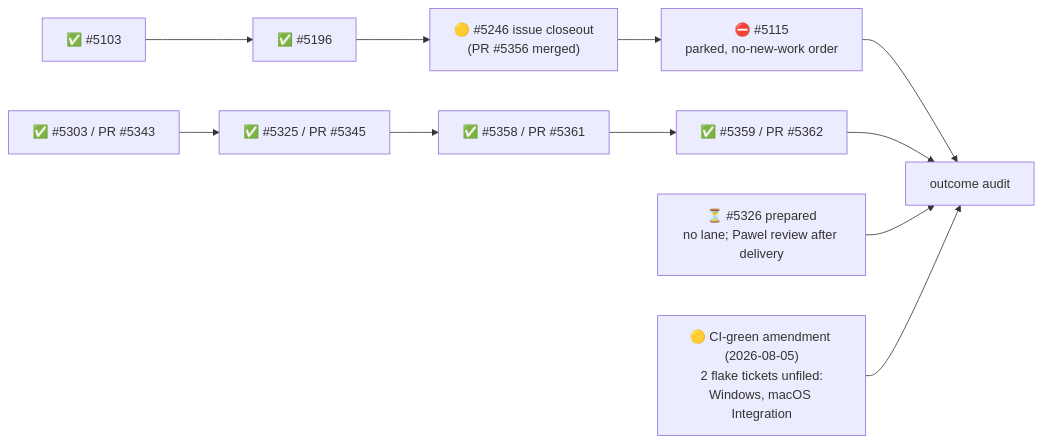
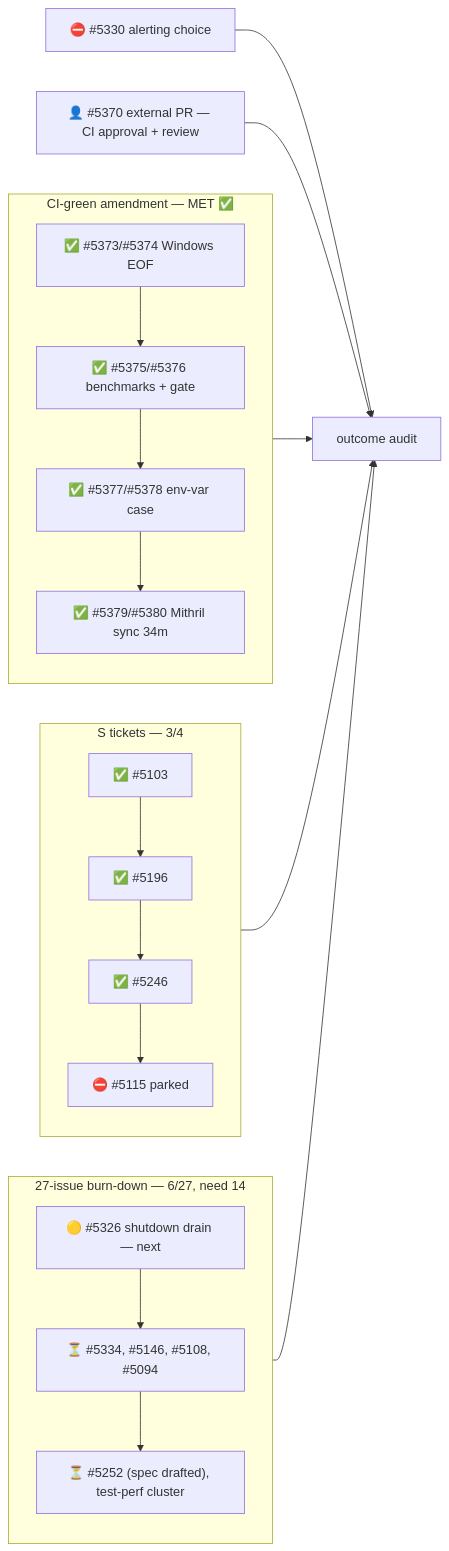
Before and after one commit to cardano-foundation/cardano-wallet: the diagram in .milestones/119/state.md, drawn with Mermaid. The commit also changed other lines of this file and 3 other files, not shown here.

````diff
--- a/.milestones/119/state.md
+++ b/.milestones/119/state.md
@@ -4,16 +4,20 @@
 ```mermaid
 flowchart LR
-  A["✅ #5103"] --> B["✅ #5196"]
-  B --> C["🟡 #5246 issue closeout<br/>(PR #5356 merged)"]
-  C --> D["⛔ #5115<br/>parked, no-new-work order"]
-  D --> Z["outcome audit"]
-
-  E["✅ #5303 / PR #5343"] --> F["✅ #5325 / PR #5345"]
-  F --> G["✅ #5358 / PR #5361"]
-  G --> H["✅ #5359 / PR #5362"]
-  H --> Z
-
-  I["⏳ #5326 prepared<br/>no lane; Pawel review after delivery"] --> Z
-
-  J["🟡 CI-green amendment (2026-08-05)<br/>2 flake tickets unfiled:<br/>Windows, macOS Integration"] --> Z
+  subgraph badges["CI-green amendment — MET ✅"]
+    B1["✅ #5373/#5374 Windows EOF"] --> B2["✅ #5375/#5376 benchmarks + gate"]
+    B2 --> B3["✅ #5377/#5378 env-var case"]
+    B3 --> B4["✅ #5379/#5380 Mithril sync 34m"]
+  end
+  subgraph s["S tickets — 3/4"]
+    S1["✅ #5103"] --> S2["✅ #5196"] --> S3["✅ #5246"] --> S4["⛔ #5115 parked"]
+  end
+  subgraph backlog["27-issue burn-down — 6/27, need 14"]
+    Q1["🟡 #5326 shutdown drain — next"] --> Q2["⏳ #5334, #5146, #5108, #5094"]
+    Q2 --> Q3["⏳ #5252 (spec drafted), test-perf cluster"]
+  end
+  D1["⛔ #5330 alerting choice"] --> Z["outcome audit"]
+  D2["👤 #5370 external PR — CI approval + review"] --> Z
+  badges --> Z
+  s --> Z
+  backlog --> Z
 ```
````
